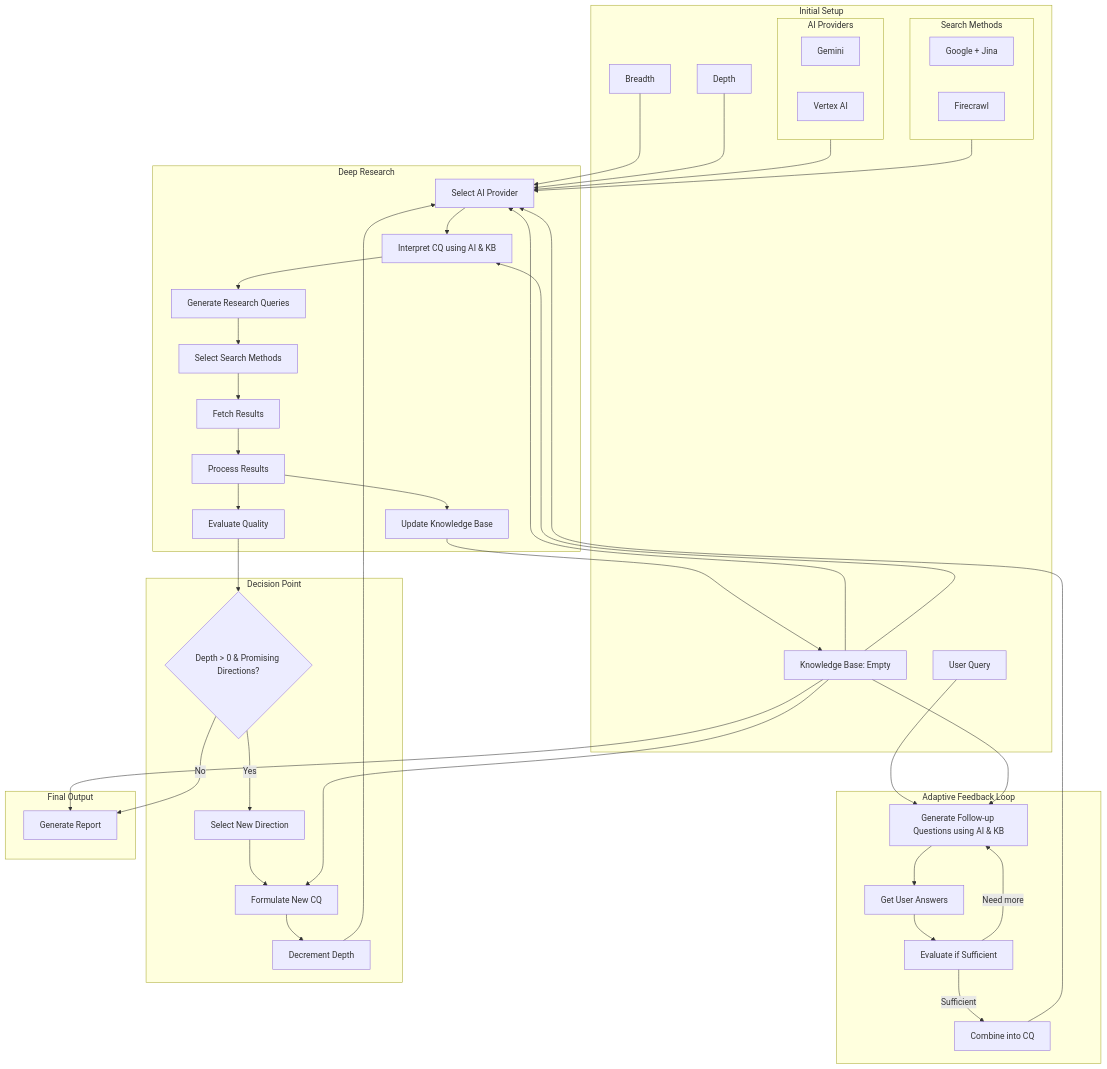
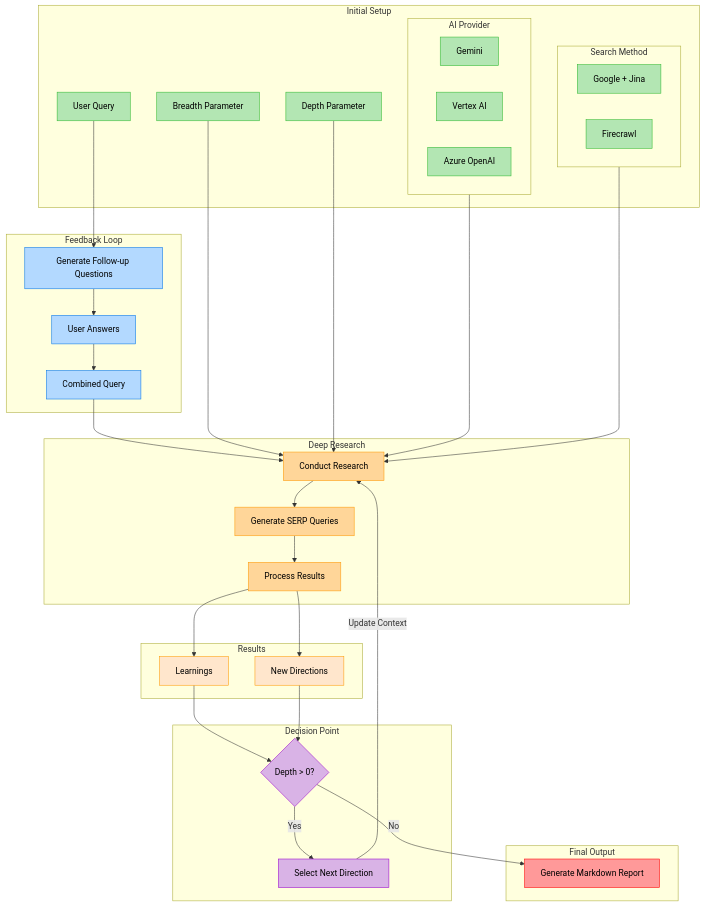
The second of 2 diagrams in README.md (ytthuan/deep-research), drawn with Mermaid before and after one commit.

Commit message:
Added TODO mermaid diagram

````diff
--- a/README.md
+++ b/README.md
@@ -118,59 +118,75 @@
 ```mermaid
 flowchart TB
     subgraph Input[Initial Setup]
         Q[User Query]
-        B[Breadth]
-        D[Depth]
-        KB[Knowledge Base: Empty]
-        subgraph AI[AI Providers]
+        B[Breadth Parameter]
+        D[Depth Parameter]
+        subgraph AI[AI Provider]
             G[Gemini]
             V[Vertex AI]
+            A[Azure OpenAI]
         end
-        subgraph Search[Search Methods]
+        subgraph Search[Search Method]
             GS[Google + Jina]
             FC[Firecrawl]
         end
     end
 
-    subgraph Feedback[Adaptive Feedback Loop]
-        generateFQ[Generate Follow-up Questions using AI & KB]
-        getUA[Get User Answers]
-        evaluateAnswers[Evaluate if Sufficient]
-        combineQuery[Combine into CQ]
-        generateFQ --> getUA --> evaluateAnswers -->|Need more| generateFQ
-        evaluateAnswers -->|Sufficient| combineQuery
+    subgraph Feedback[Feedback Loop]
+        FQ[Generate Follow-up Questions]
+        UA[User Answers]
+        CQ[Combined Query]
     end
 
     subgraph Research[Deep Research]
-        selectAI[Select AI Provider]
-        interpretQuery[Interpret CQ using AI & KB]
-        generateQueries[Generate Research Queries]
-        selectSearch[Select Search Methods]
-        fetchResults[Fetch Results]
-        processResults[Process Results]
-        updateKB[Update Knowledge Base]
-        evaluateQuality[Evaluate Quality]
+        DR[Conduct Research]
+        SQ[Generate SERP Queries]
+        PR[Process Results]
+    end
+
+    subgraph Results[Results]
+        NL[Learnings]
+        ND[New Directions]
     end
 
     subgraph Decision[Decision Point]
-        checkDepth{Depth > 0 & Promising Directions?}
-        selectDirection[Select New Direction]
-        formulateQuery[Formulate New CQ]
-        decrementDepth[Decrement Depth]
+        DP{Depth > 0?}
+        RD[Select Next Direction]
     end
 
     subgraph Output[Final Output]
-        generateReport[Generate Report]
+        MR[Generate Markdown Report]
     end
 
-    Q & KB --> generateFQ
-    combineQuery & B & D & AI & Search --> selectAI
-    KB --> selectAI --> interpretQuery
-    KB --> interpretQuery --> generateQueries --> selectSearch --> fetchResults --> processResults
-    processResults --> updateKB --> KB
-    processResults --> evaluateQuality --> checkDepth
-    checkDepth -->|Yes| selectDirection
-    selectDirection & KB --> formulateQuery --> decrementDepth --> selectAI
-    checkDepth -->|No| generateReport
-    KB --> generateReport
+    %% Main Flow
+    Q --> FQ
+    FQ --> UA
+    UA --> CQ
+    CQ & B & D & AI & Search --> DR
+    DR --> SQ
+    SQ --> PR
+    PR --> NL
+    PR --> ND
+
+    %% Decision and Recursion
+    NL & ND --> DP
+    DP -->|Yes| RD
+    RD -->|Update Context| DR
+    DP -->|No| MR
+
+    %% Define Color Classes
+    classDef green fill:#b3e6b3,stroke:#2eb82e,color:#000;
+    classDef blue fill:#b3d9ff,stroke:#0073e6,color:#000;
+    classDef orange fill:#ffd699,stroke:#ff9900,color:#000;
+    classDef results fill:#ffe6cc,stroke:#ff9900,color:#000;
+    classDef purple fill:#d9b3e6,stroke:#9900cc,color:#000;
+    classDef red fill:#ff9999,stroke:#ff0000,color:#000;
+
+    %% Assign Classes to Nodes
+    class Q,B,D,G,V,A,GS,FC green;
+    class FQ,UA,CQ blue;
+    class DR,SQ,PR orange;
+    class NL,ND results;
+    class DP,RD purple;
+    class MR red;
 ```
````
